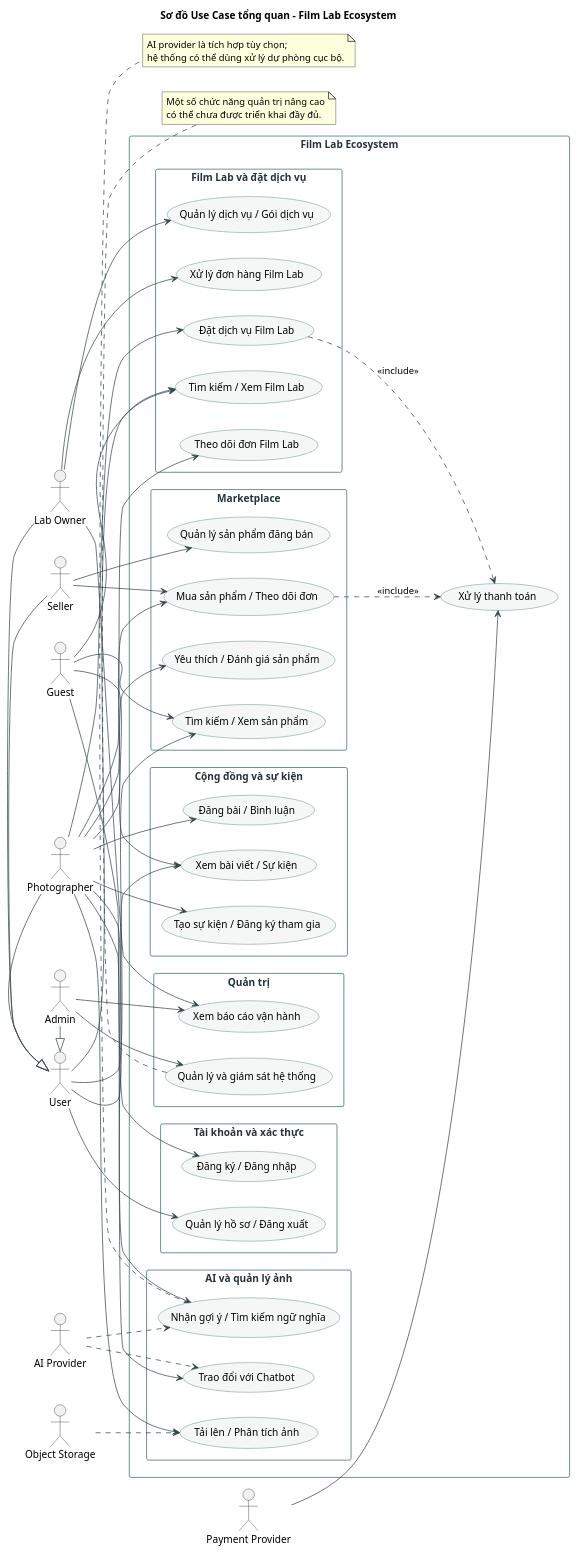
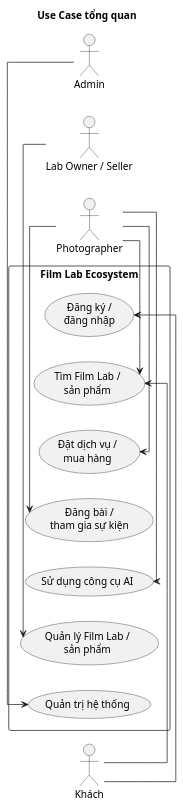
One commit to TTC2042005/Project-TTTN-GTVT changed the diagram in docs/uml-usecases/00-overview.puml. Above: the diagram before and after it, drawn with PlantUML. The commit also changed 33 other files, not shown here.

```diff
--- a/docs/uml-usecases/00-overview.puml
+++ b/docs/uml-usecases/00-overview.puml
@@ -1,120 +1,34 @@
-@startuml FilmLab_UseCases_Overview
-title Sơ đồ Use Case tổng quan - Film Lab Ecosystem
+@startuml
+title Use Case tổng quan
 left to right direction
-skinparam shadowing false
-skinparam packageStyle rectangle
-skinparam actorStyle stickman
-skinparam usecase {
-  BackgroundColor #F4F7F5
-  BorderColor #2D6B65
-  ArrowColor #33464B
-}
-skinparam rectangle {
-  BorderColor #2D6B65
-  FontColor #24343A
+skinparam linetype ortho
+skinparam nodesep 35
+skinparam ranksep 35
+
+actor "Khách" as Guest
+actor "Photographer" as Photographer
+actor "Lab Owner / Seller" as Business
+actor "Admin" as Admin
+
+rectangle "Film Lab Ecosystem" {
+  usecase "Đăng ký /\nđăng nhập" as Account
+  usecase "Tìm Film Lab /\nsản phẩm" as Browse
+  usecase "Đặt dịch vụ /\nmua hàng" as Order
+  usecase "Đăng bài /\ntham gia sự kiện" as Community
+  usecase "Sử dụng công cụ AI" as AI
+  usecase "Quản lý Film Lab /\nsản phẩm" as ManageBusiness
+  usecase "Quản trị hệ thống" as Administer
 }
 
-actor Guest
-actor User
-actor Photographer
-actor "Lab Owner" as LabOwner
-actor Seller
-actor Admin
-actor "Payment Provider" as Payment
-actor "AI Provider" as AIProvider
-actor "Object Storage" as Storage
+Guest -right-> Account
+Guest -right-> Browse
 
-Photographer -|> User
-LabOwner -|> User
-Seller -|> User
-Admin -|> User
+Photographer -right-> Browse
+Photographer -right-> Order
+Photographer -right-> Community
+Photographer -right-> AI
 
-rectangle "Film Lab Ecosystem" {
-  package "Tài khoản và xác thực" {
-    usecase "Đăng ký / Đăng nhập" as Auth
-    usecase "Quản lý hồ sơ / Đăng xuất" as Profile
-  }
-
-  package "Film Lab và đặt dịch vụ" {
-    usecase "Tìm kiếm / Xem Film Lab" as BrowseLabs
-    usecase "Đặt dịch vụ Film Lab" as LabOrder
-    usecase "Theo dõi đơn Film Lab" as TrackLabOrder
-    usecase "Quản lý dịch vụ / Gói dịch vụ" as ManageLabCatalog
-    usecase "Xử lý đơn hàng Film Lab" as ProcessLabOrder
-  }
-
-  package "Marketplace" {
-    usecase "Tìm kiếm / Xem sản phẩm" as BrowseProducts
-    usecase "Quản lý sản phẩm đăng bán" as ManageListings
-    usecase "Mua sản phẩm / Theo dõi đơn" as MarketOrder
-    usecase "Yêu thích / Đánh giá sản phẩm" as ProductFeedback
-  }
-
-  package "Cộng đồng và sự kiện" {
-    usecase "Xem bài viết / Sự kiện" as BrowseCommunity
-    usecase "Đăng bài / Bình luận" as PublishPosts
-    usecase "Tạo sự kiện / Đăng ký tham gia" as Events
-  }
-
-  package "AI và quản lý ảnh" {
-    usecase "Nhận gợi ý / Tìm kiếm ngữ nghĩa" as Recommendations
-    usecase "Trao đổi với Chatbot" as Chatbot
-    usecase "Tải lên / Phân tích ảnh" as ImageAnalysis
-  }
-
-  package "Quản trị" {
-    usecase "Quản lý và giám sát hệ thống" as AdminManagement
-    usecase "Xem báo cáo vận hành" as Reports
-  }
-
-  usecase "Xử lý thanh toán" as PaymentProcessing
-}
-
-Guest --> Auth
-Guest --> BrowseLabs
-Guest --> BrowseProducts
-Guest --> BrowseCommunity
-
-User --> Profile
-User --> BrowseLabs
-User --> BrowseProducts
-User --> BrowseCommunity
-
-Photographer --> LabOrder
-Photographer --> TrackLabOrder
-Photographer --> MarketOrder
-Photographer --> ProductFeedback
-Photographer --> PublishPosts
-Photographer --> Events
-Photographer --> Recommendations
-Photographer --> Chatbot
-Photographer --> ImageAnalysis
-
-LabOwner --> ManageLabCatalog
-LabOwner --> ProcessLabOrder
-LabOwner --> Reports
-
-Seller --> ManageListings
-Seller --> MarketOrder
-
-Admin --> AdminManagement
-Admin --> Reports
-
-LabOrder ..> PaymentProcessing : <<include>>
-MarketOrder ..> PaymentProcessing : <<include>>
-Payment --> PaymentProcessing
-AIProvider ..> Recommendations
-AIProvider ..> Chatbot
-Storage ..> ImageAnalysis
-
-note bottom of AdminManagement
-  Một số chức năng quản trị nâng cao
-  có thể chưa được triển khai đầy đủ.
-end note
-
-note bottom of Recommendations
-  AI provider là tích hợp tùy chọn;
-  hệ thống có thể dùng xử lý dự phòng cục bộ.
-end note
+Business -right-> ManageBusiness
+Admin -right-> Administer
 
 @enduml
```
